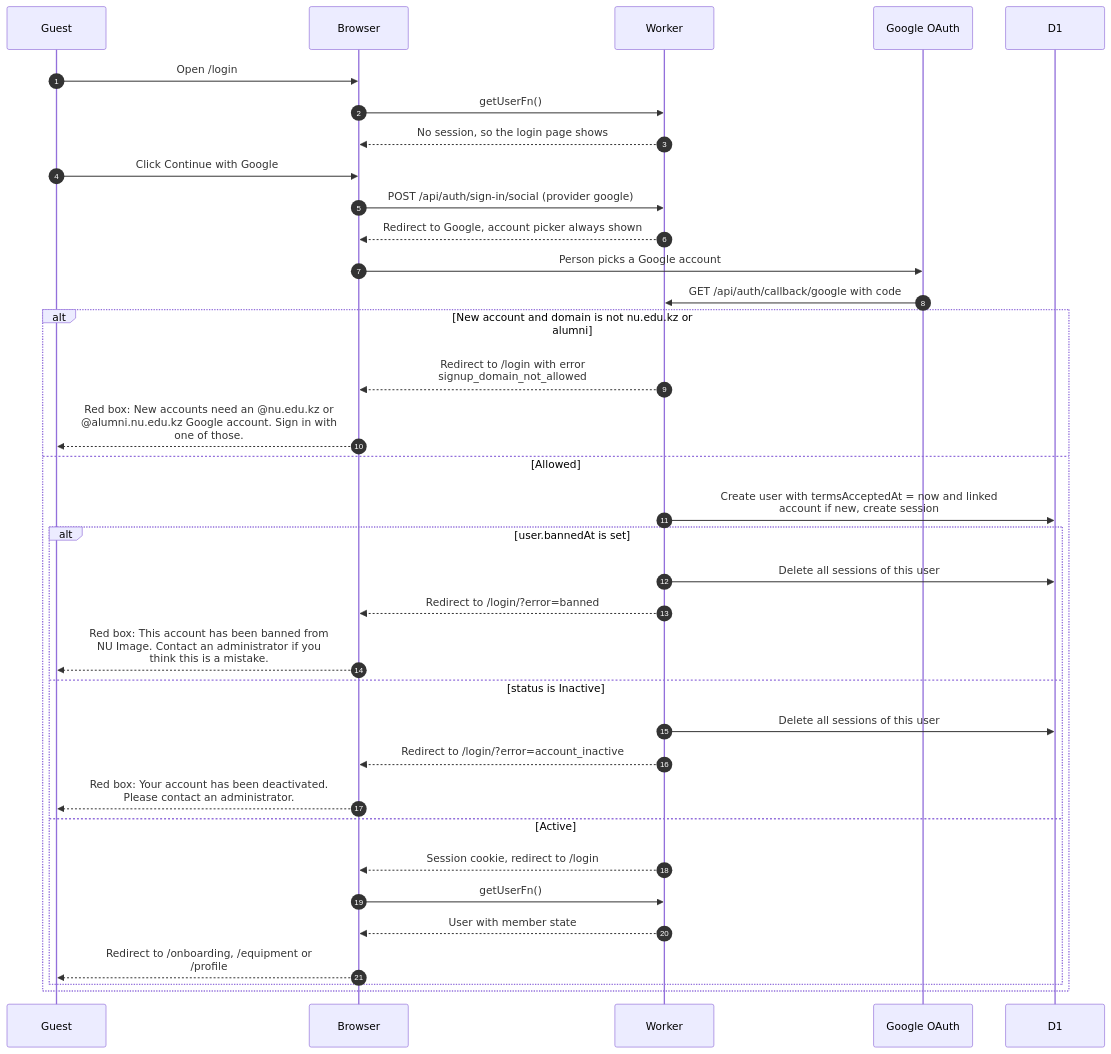
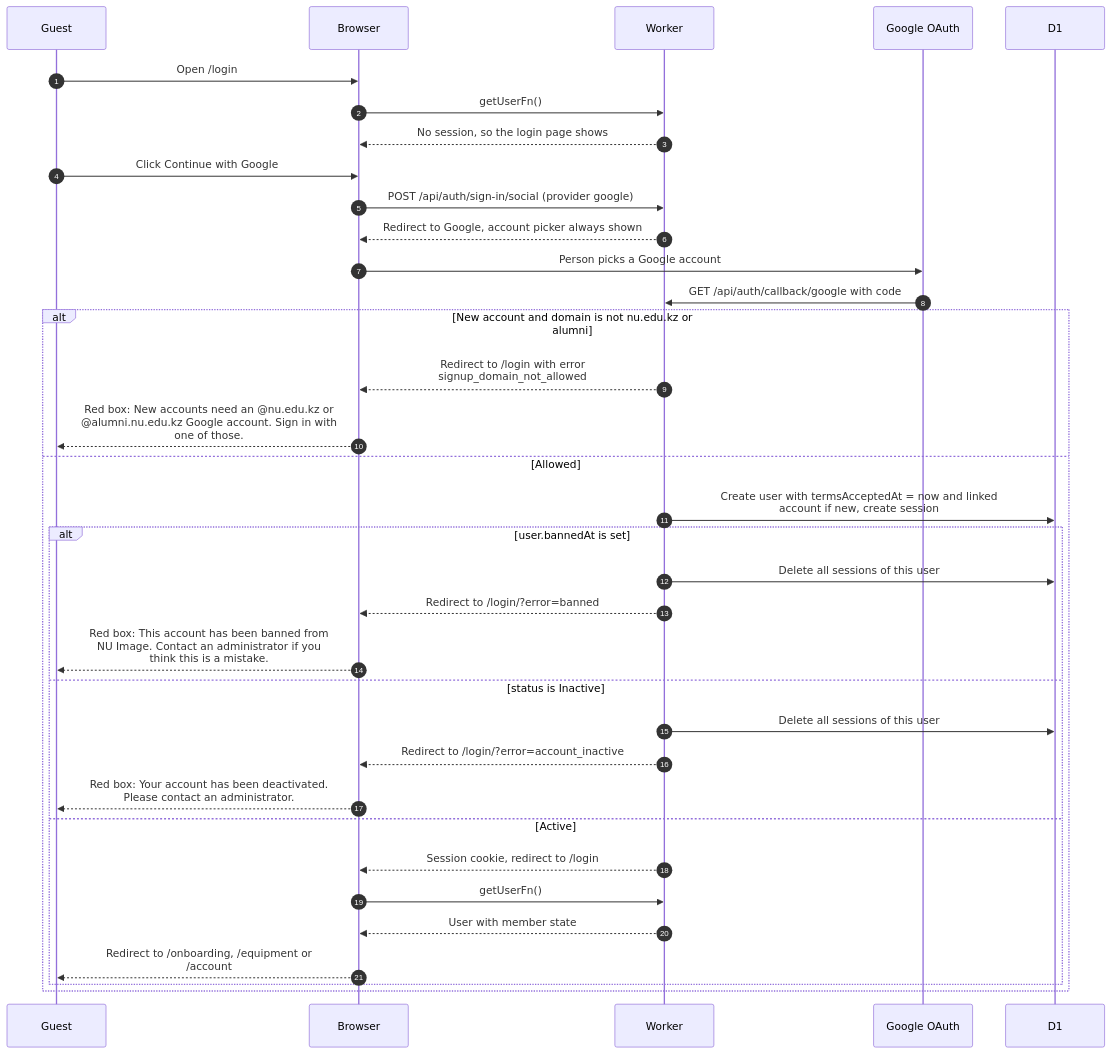
The diagram in docs/scenarios/account/sign-in.md (sagyzdop/meriksirat), drawn with Mermaid before and after one commit. The commit also changed other lines of this file and 157 other files, not shown here.

Commit message:
feat: account, settings, members, equipment and album status overhaul

````diff
--- a/docs/scenarios/account/sign-in.md
+++ b/docs/scenarios/account/sign-in.md
@@ -53,37 +53,37 @@
 ```mermaid
 sequenceDiagram
     autonumber
     participant P as Guest
     participant B as Browser
     participant W as Worker
     participant G as Google OAuth
     participant D as D1
     P->>B: Open /login
     B->>W: getUserFn()
     W-->>B: No session, so the login page shows
     P->>B: Click Continue with Google
     B->>W: POST /api/auth/sign-in/social (provider google)
     W-->>B: Redirect to Google, account picker always shown
     B->>G: Person picks a Google account
     G->>W: GET /api/auth/callback/google with code
     alt New account and domain is not nu.edu.kz or alumni
         W-->>B: Redirect to /login with error<br/>signup_domain_not_allowed
         B-->>P: Red box: New accounts need an @nu.edu.kz or<br/>@alumni.nu.edu.kz Google account. Sign in with<br/>one of those.
     else Allowed
         W->>D: Create user with termsAcceptedAt = now and linked<br/>account if new, create session
         alt user.bannedAt is set
             W->>D: Delete all sessions of this user
             W-->>B: Redirect to /login/?error=banned
             B-->>P: Red box: This account has been banned from<br/>NU Image. Contact an administrator if you<br/>think this is a mistake.
         else status is Inactive
             W->>D: Delete all sessions of this user
             W-->>B: Redirect to /login/?error=account_inactive
             B-->>P: Red box: Your account has been deactivated.<br/>Please contact an administrator.
         else Active
             W-->>B: Session cookie, redirect to /login
             B->>W: getUserFn()
             W-->>B: User with member state
-            B-->>P: Redirect to /onboarding, /equipment or<br/>/profile
+            B-->>P: Redirect to /onboarding, /equipment or<br/>/account
         end
     end
 ```
````
